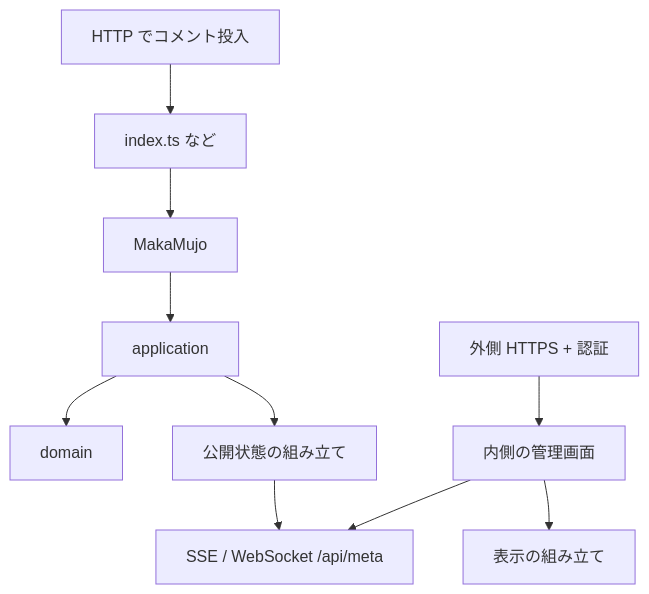
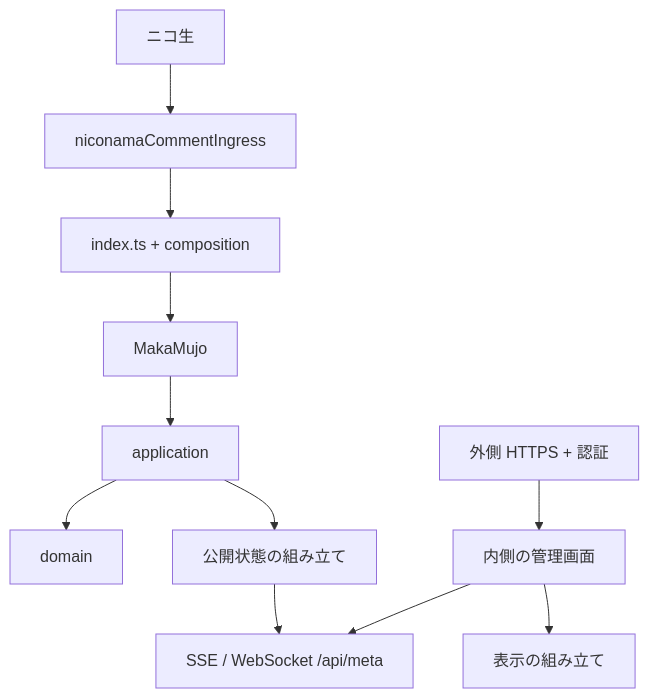
One commit to nahcnuj/makamujo changed the second of 2 diagrams in architecture/overview.md. Above: the diagram before and after it, drawn with Mermaid. The commit also changed other lines of this file and 3 other files, not shown here.

Commit message:
docs(architecture): fold contracts into overview, drop integration-spec

````diff
--- a/architecture/overview.md
+++ b/architecture/overview.md
@@ -157,12 +172,13 @@
 ```mermaid
 flowchart TB
-  HTTP["HTTP でコメント投入"] --> Root["index.ts など"]
+  Nico["ニコ生"] --> Ingress["niconamaCommentIngress"]
+  Ingress --> Root["index.ts + composition"]
   Root --> Facade["MakaMujo"]
   Facade --> App["application"]
   App --> Dom["domain"]
   App --> Pub["公開状態の組み立て"]
   Pub --> Out["SSE / WebSocket /api/meta"]
   Outer["外側 HTTPS + 認証"] --> Loop["内側の管理画面"]
   Loop --> Out
   Loop --> Plan["表示の組み立て"]
 ```
````
